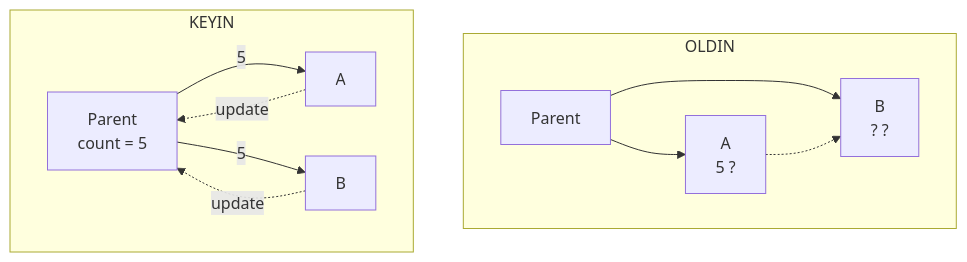
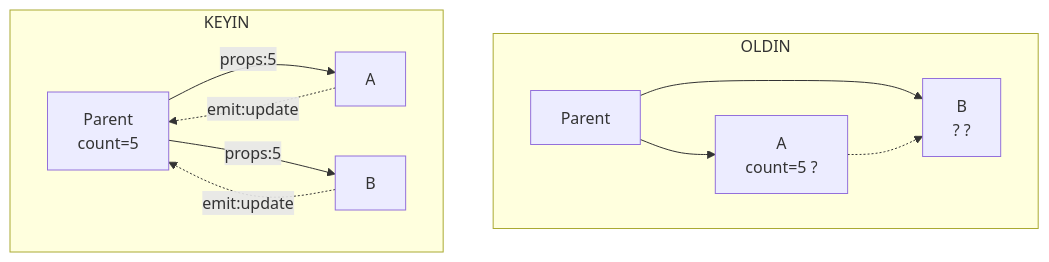
One commit to nusretoglu/senior-frontend-roadmap changed the second of 2 diagrams in docs/05-state-management/03-global-vs-local-state.md. Above: the diagram before and after it, drawn with Mermaid. The commit also changed other lines of this file and 143 other files, not shown here.

````diff
--- a/docs/05-state-management/03-global-vs-local-state.md
+++ b/docs/05-state-management/03-global-vs-local-state.md
@@ -1506,15 +81,15 @@
 ```mermaid
 graph TD
     subgraph OLDIN
-    P1[Parent] --> A1[A <br> 5 ?]
+    P1[Parent] --> A1[A <br> count=5 ?]
     P1 --> B1[B <br> ? ?]
     A1 -.-> B1
     end
 
     subgraph KEYIN
-    P2[Parent <br> count = 5] -->|5| A2[A]
-    P2 -->|5| B2[B]
-    A2 -.->|update| P2
-    B2 -.->|update| P2
+    P2[Parent <br> count=5] -->|props:5| A2[A]
+    P2 -->|props:5| B2[B]
+    A2 -.->|emit:update| P2
+    B2 -.->|emit:update| P2
     end
 ```
````
